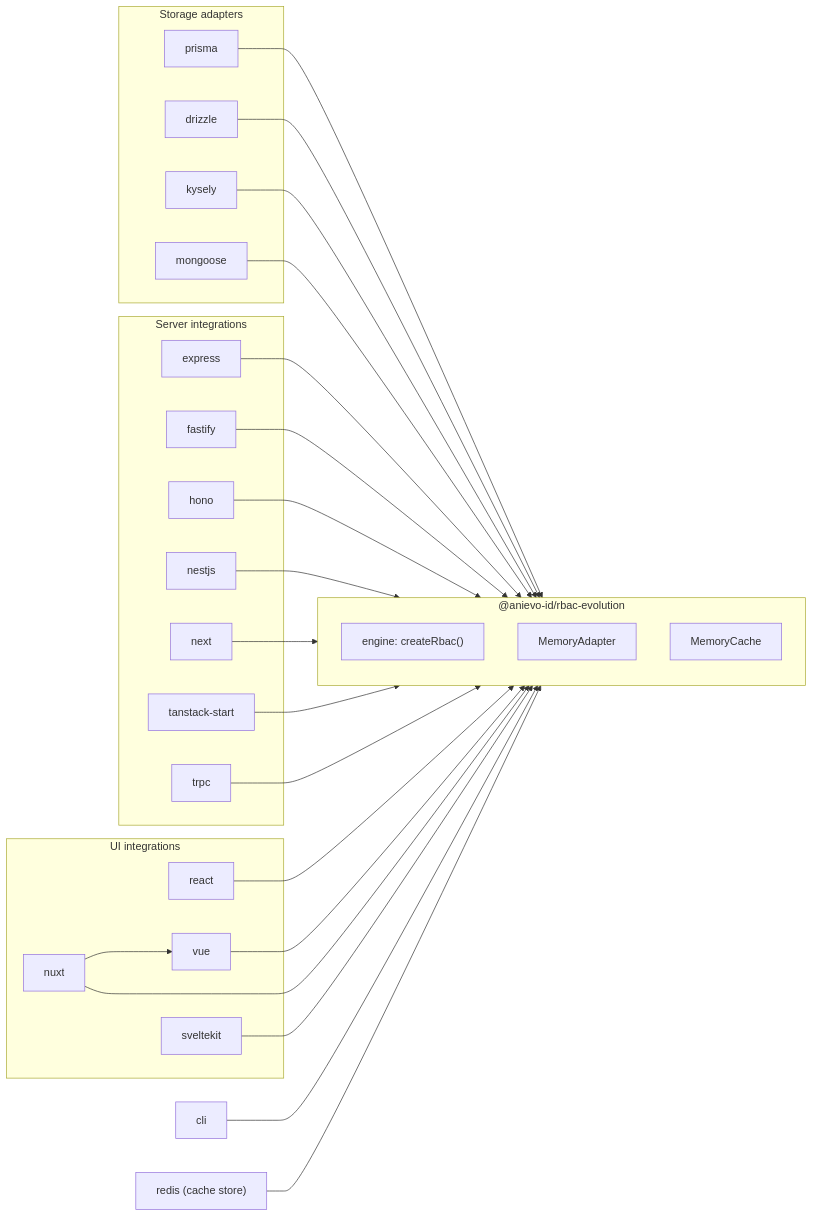
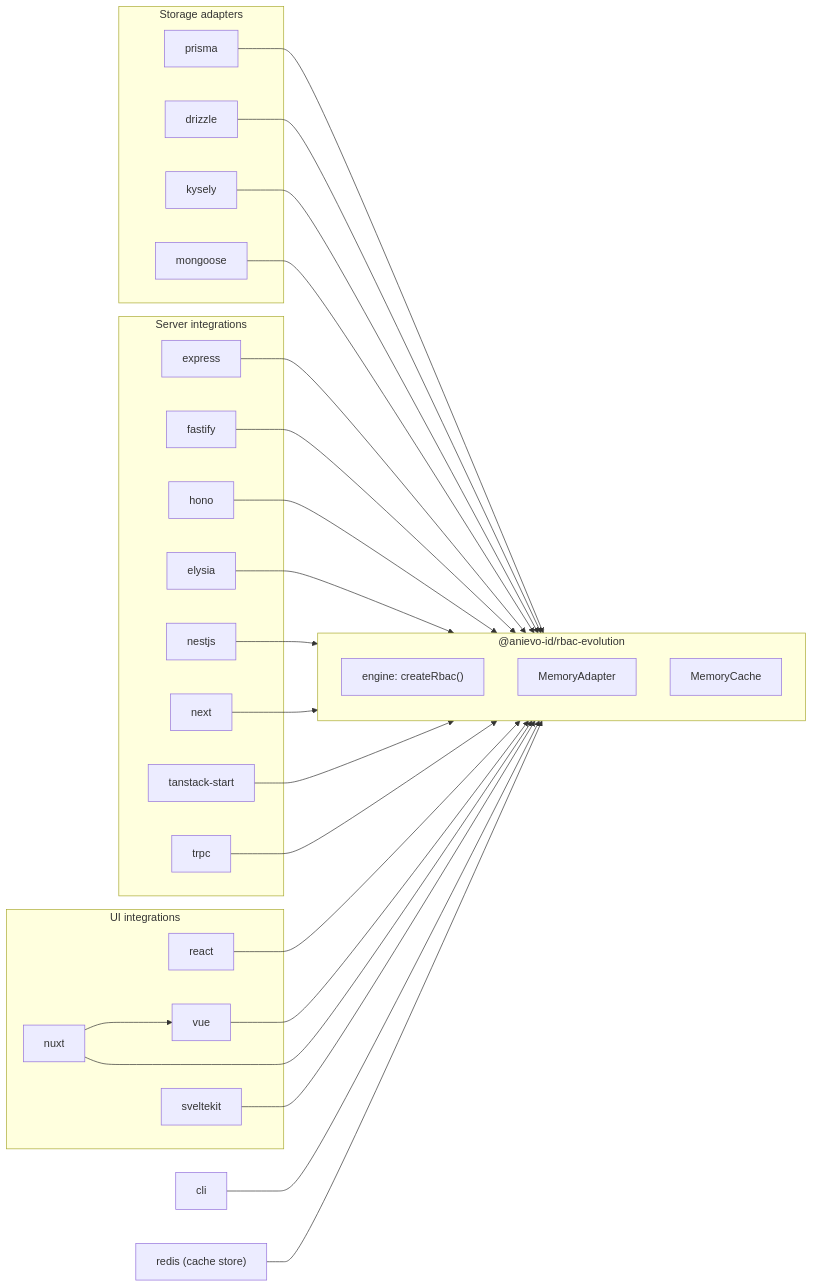
The first of 8 diagrams in docs/guide/how-it-works.md (AniEvo-ID/rbac-evolution), drawn with Mermaid before and after one commit. The commit also changed other lines of this file and 27 other files, not shown here.

````diff
--- a/docs/guide/how-it-works.md
+++ b/docs/guide/how-it-works.md
@@ -17,54 +17,56 @@
 ```mermaid
 flowchart LR
   subgraph adapters["Storage adapters"]
     prisma["prisma"]
     drizzle["drizzle"]
     kysely["kysely"]
     mongoose["mongoose"]
   end
 
   subgraph core["@anievo-id/rbac-evolution"]
     engine["engine: createRbac()"]
     memory["MemoryAdapter"]
     cache["MemoryCache"]
   end
 
   subgraph server["Server integrations"]
     express["express"]
     fastify["fastify"]
     hono["hono"]
+    elysia["elysia"]
     nestjs["nestjs"]
     next["next"]
     tanstack["tanstack-start"]
     trpc["trpc"]
   end
 
   subgraph ui["UI integrations"]
     react["react"]
     vue["vue"]
     nuxt["nuxt"]
     sveltekit["sveltekit"]
   end
 
   cli["cli"]
   redis["redis (cache store)"]
 
   prisma --> core
   drizzle --> core
   kysely --> core
   mongoose --> core
   express --> core
   fastify --> core
   hono --> core
+  elysia --> core
   nestjs --> core
   next --> core
   tanstack --> core
   trpc --> core
   react --> core
   vue --> core
   nuxt --> core
   nuxt --> vue
   sveltekit --> core
   cli --> core
   redis --> core
 ```
````
